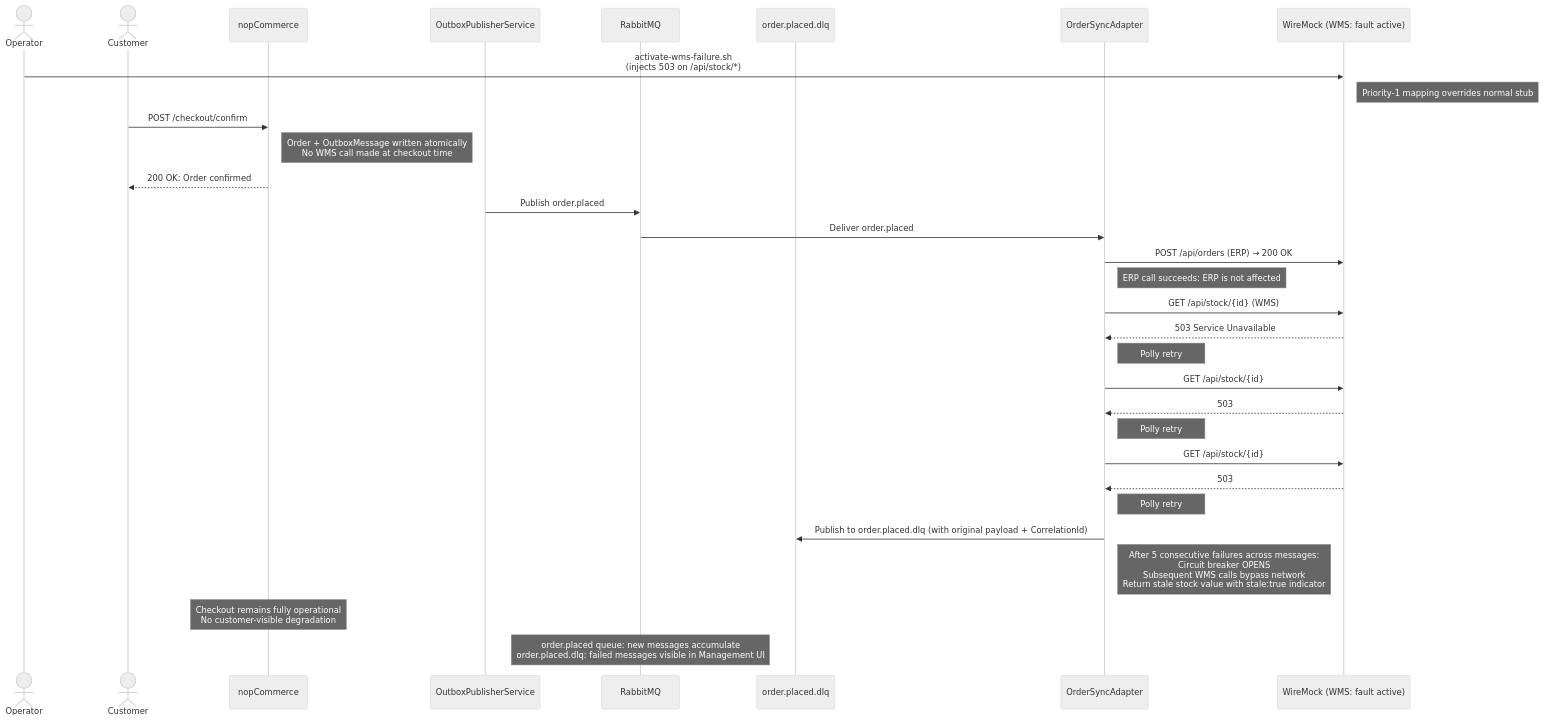
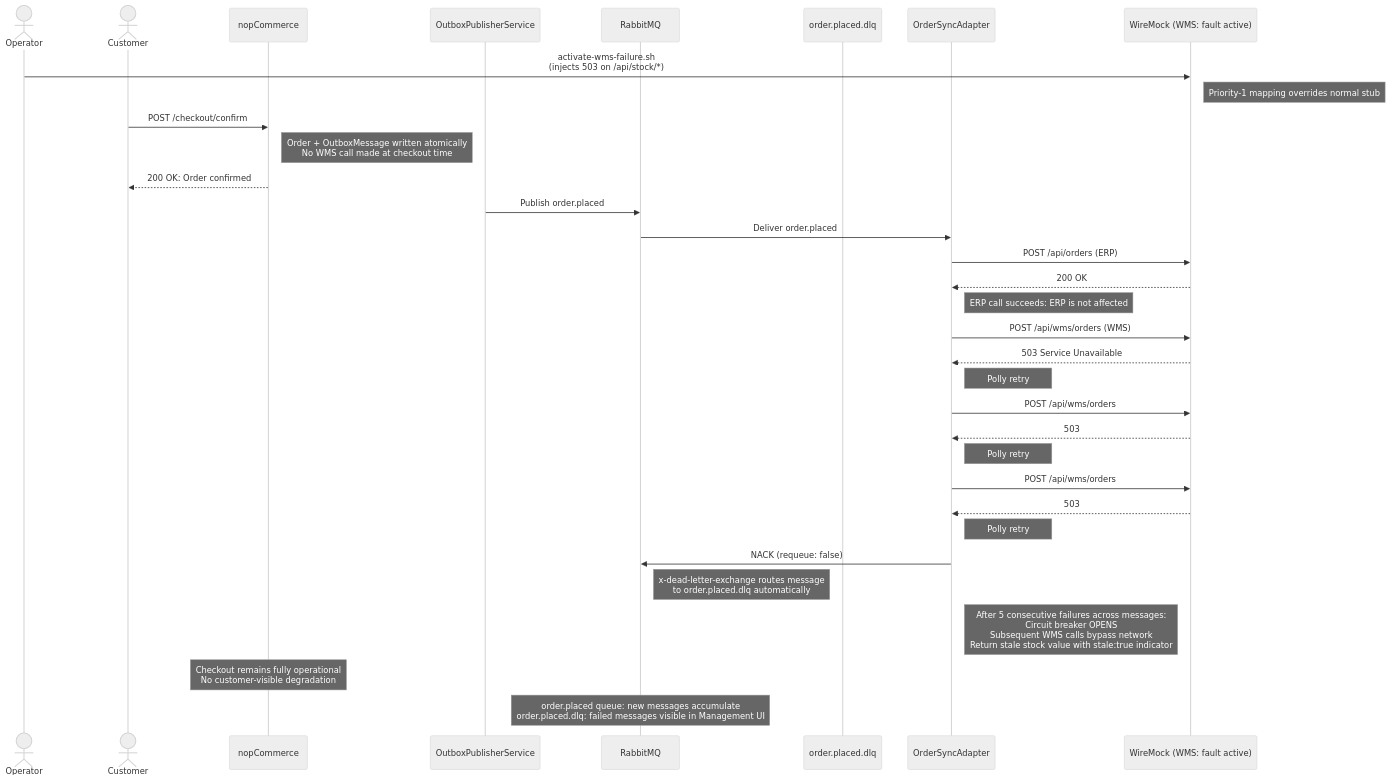
One commit to Assignment2-AS/nopCommerce-Omnichannel-Core changed the third of 4 diagrams in docs/runtime-interaction-diagrams.md. Above: the diagram before and after it, drawn with Mermaid (neutral theme). The commit also changed other lines of this file and 7 other files, not shown here.

Commit message:
update diagrams

````diff
--- a/docs/runtime-interaction-diagrams.md
+++ b/docs/runtime-interaction-diagrams.md
@@ -54,43 +87,45 @@
 ```mermaid
 sequenceDiagram
     actor Operator
     actor Customer
     participant nopCommerce
     participant OutboxSvc as OutboxPublisherService
     participant RabbitMQ
     participant DLQ as order.placed.dlq
     participant OrderSync as OrderSyncAdapter
     participant WireMock as WireMock (WMS: fault active)
 
     Operator->>WireMock: activate-wms-failure.sh<br/>(injects 503 on /api/stock/*)
     note right of WireMock: Priority-1 mapping overrides normal stub
 
     Customer->>nopCommerce: POST /checkout/confirm
     note right of nopCommerce: Order + OutboxMessage written atomically<br/>No WMS call made at checkout time
     nopCommerce-->>Customer: 200 OK: Order confirmed
 
     OutboxSvc->>RabbitMQ: Publish order.placed
 
     RabbitMQ->>OrderSync: Deliver order.placed
 
-    OrderSync->>WireMock: POST /api/orders (ERP) → 200 OK
+    OrderSync->>WireMock: POST /api/orders (ERP)
+    WireMock-->>OrderSync: 200 OK
     note right of OrderSync: ERP call succeeds: ERP is not affected
 
-    OrderSync->>WireMock: GET /api/stock/{id} (WMS)
+    OrderSync->>WireMock: POST /api/wms/orders (WMS)
     WireMock-->>OrderSync: 503 Service Unavailable
 
     note right of OrderSync: Polly retry #1: wait 1s
-    OrderSync->>WireMock: GET /api/stock/{id}
+    OrderSync->>WireMock: POST /api/wms/orders
     WireMock-->>OrderSync: 503
 
     note right of OrderSync: Polly retry #2: wait 2s
-    OrderSync->>WireMock: GET /api/stock/{id}
+    OrderSync->>WireMock: POST /api/wms/orders
     WireMock-->>OrderSync: 503
 
     note right of OrderSync: Polly retry #3: wait 4s (exhausted)
-    OrderSync->>DLQ: Publish to order.placed.dlq (with original payload + CorrelationId)
+    OrderSync->>RabbitMQ: NACK (requeue: false)
+    note right of RabbitMQ: x-dead-letter-exchange routes message<br/>to order.placed.dlq automatically
     note right of OrderSync: After 5 consecutive failures across messages:<br/>Circuit breaker OPENS<br/>Subsequent WMS calls bypass network<br/>Return stale stock value with stale:true indicator
 
     note over nopCommerce: Checkout remains fully operational<br/>No customer-visible degradation
     note over RabbitMQ: order.placed queue: new messages accumulate<br/>order.placed.dlq: failed messages visible in Management UI
 ```
````
